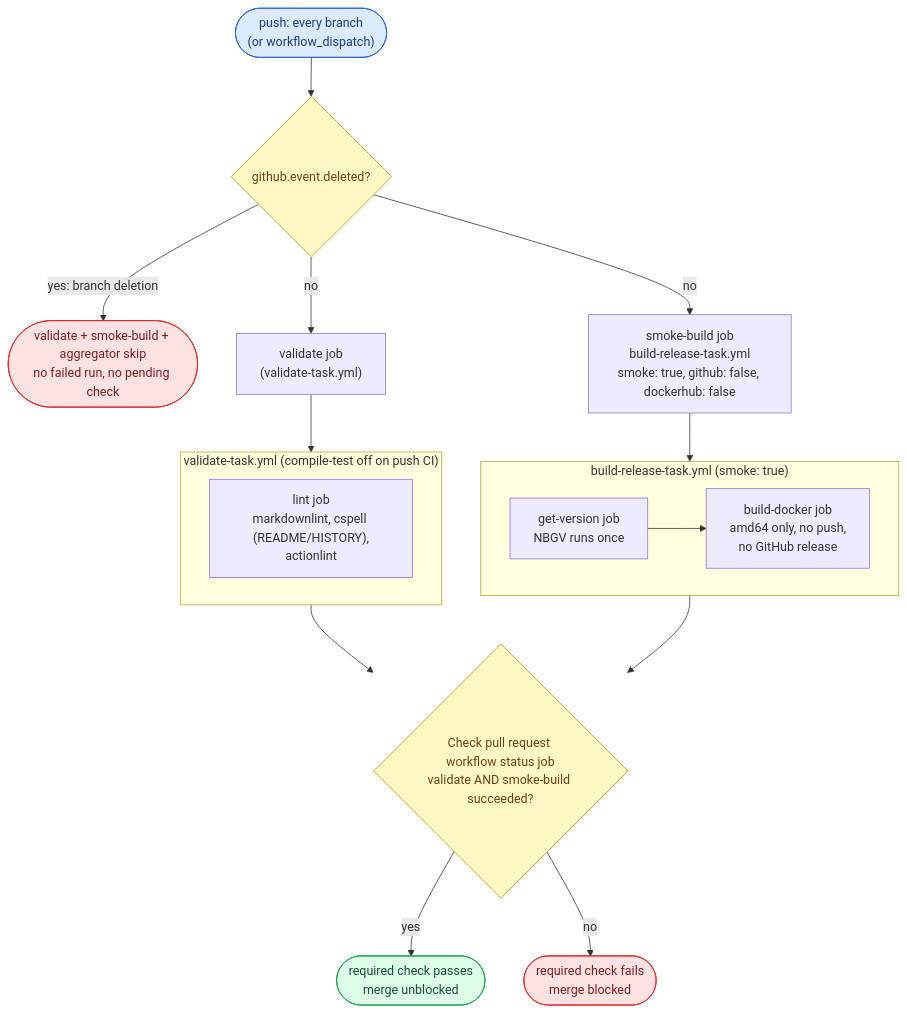
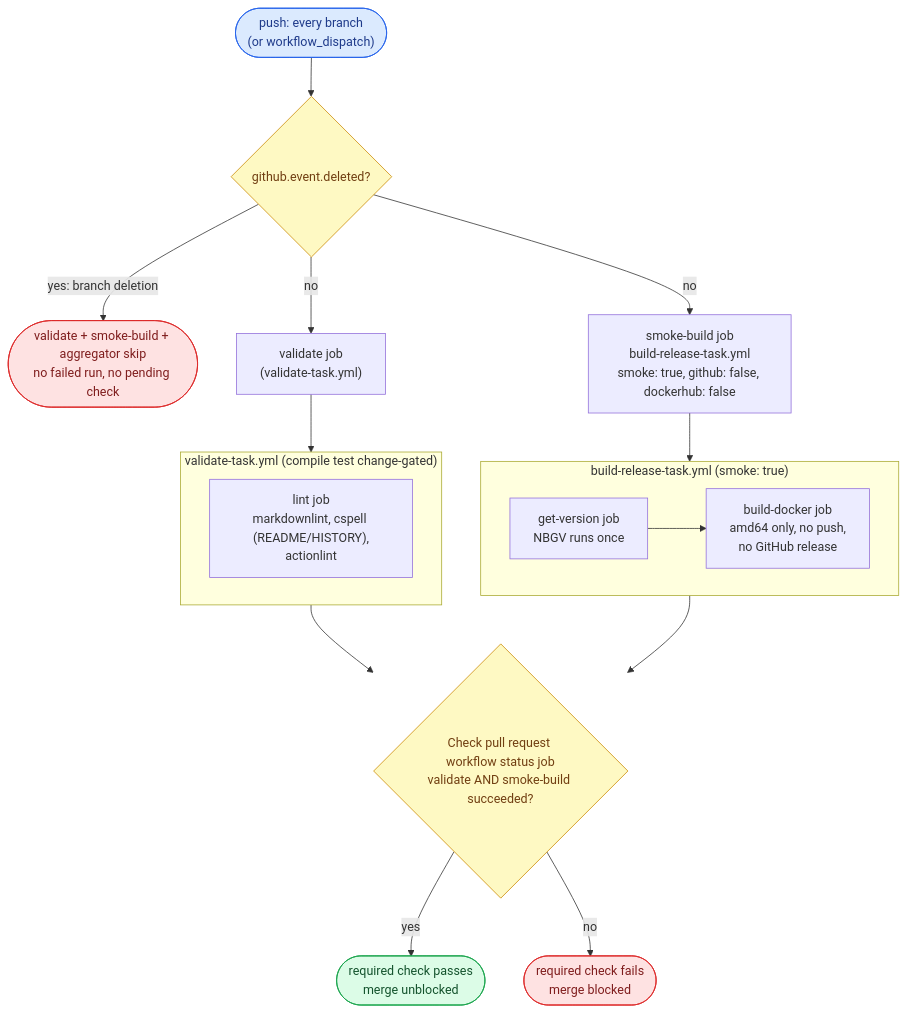
The first of 4 diagrams in WORKFLOW.md (ptr727/ESPHome-NonRoot), drawn with Mermaid before and after one commit. The commit also changed other lines of this file and 1 other file, not shown here.

Commit message:
Correct US spelling, scenario order, and the CI diagram label

````diff
--- a/WORKFLOW.md
+++ b/WORKFLOW.md
@@ -295,25 +295,25 @@
 ```mermaid
 flowchart TD
     T(["push: every branch<br/>(or workflow_dispatch)"]):::trig
     T --> D{"github.event.deleted?"}:::gate
     D -- "yes: branch deletion" --> X(["validate + smoke-build + aggregator skip<br/>no failed run, no pending check"]):::stop
     D -- "no" --> V["validate job<br/>(validate-task.yml)"]
     D -- "no" --> S["smoke-build job<br/>build-release-task.yml<br/>smoke: true, github: false, dockerhub: false"]
-    subgraph VT ["validate-task.yml (compile-test off on push CI)"]
+    subgraph VT ["validate-task.yml (compile test change-gated)"]
         L["lint job<br/>markdownlint, cspell (README/HISTORY),<br/>actionlint"]
     end
     V --> VT
     subgraph SBT ["build-release-task.yml (smoke: true)"]
         SV["get-version job<br/>NBGV runs once"] --> SB["build-docker job<br/>amd64 only, no push,<br/>no GitHub release"]
     end
     S --> SBT
     VT --> A
     SBT --> A
     A{"Check pull request workflow status job<br/>validate AND smoke-build succeeded?"}:::gate
     A -- "yes" --> G(["required check passes<br/>merge unblocked"]):::pub
     A -- "no" --> R(["required check fails<br/>merge blocked"]):::stop
     classDef trig fill:#dbeafe,stroke:#2563eb,color:#1e3a8a
     classDef gate fill:#fef9c3,stroke:#ca8a04,color:#713f12
     classDef pub fill:#dcfce7,stroke:#16a34a,color:#14532d
     classDef stop fill:#fee2e2,stroke:#dc2626,color:#7f1d1d
 ```
````
